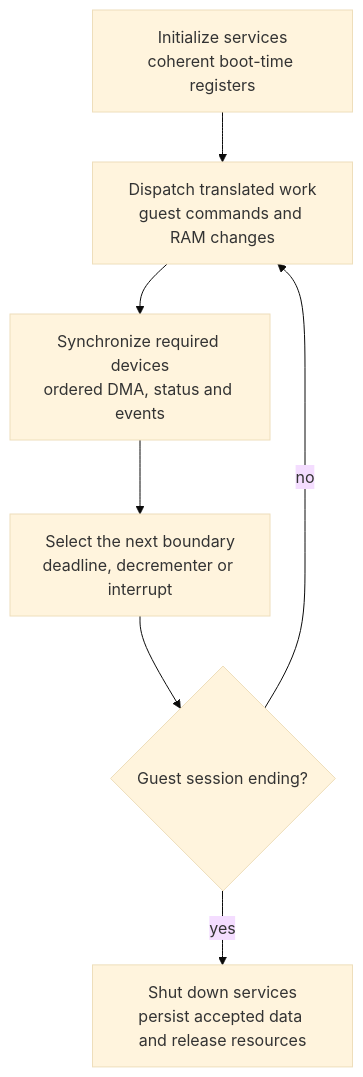
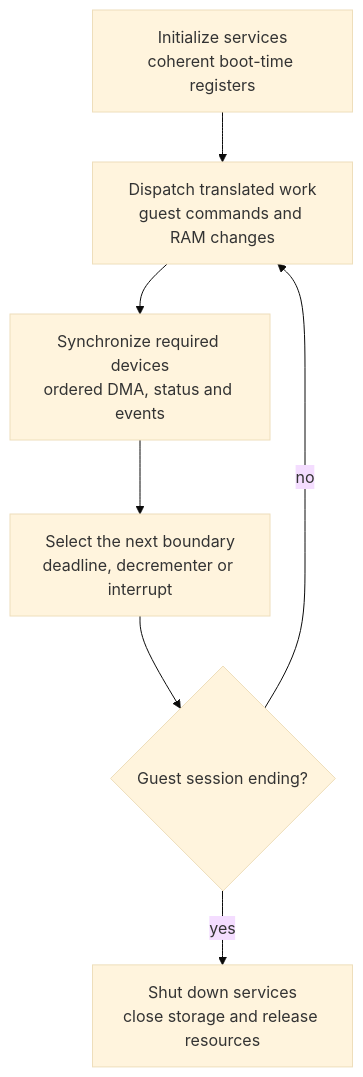
The third of 3 diagrams in docs/architecture/Services.md (Aelbannan/boat_of_daphnes), drawn with Mermaid (base theme) before and after one commit. The commit also changed other lines of this file and 3 other files, not shown here.

Commit message:
docs: align runtime architecture contracts

````diff
--- a/docs/architecture/Services.md
+++ b/docs/architecture/Services.md
@@ -259,19 +265,19 @@
 ```mermaid
 flowchart TD
     Initialize["`Initialize services
 coherent boot-time registers`"]
     Dispatch["`Dispatch translated work
 guest commands and RAM changes`"]
     Synchronize["`Synchronize required devices
 ordered DMA, status and events`"]
     Rebudget["`Select the next boundary
 deadline, decrementer or interrupt`"]
     Stop{"Guest session ending?"}
     Shutdown["`Shut down services
-persist accepted data and release resources`"]
+close storage and release resources`"]
 
     Initialize --> Dispatch
     Dispatch --> Synchronize --> Rebudget --> Stop
     Stop -->|"no"| Dispatch
     Stop -->|"yes"| Shutdown
 ```
````
